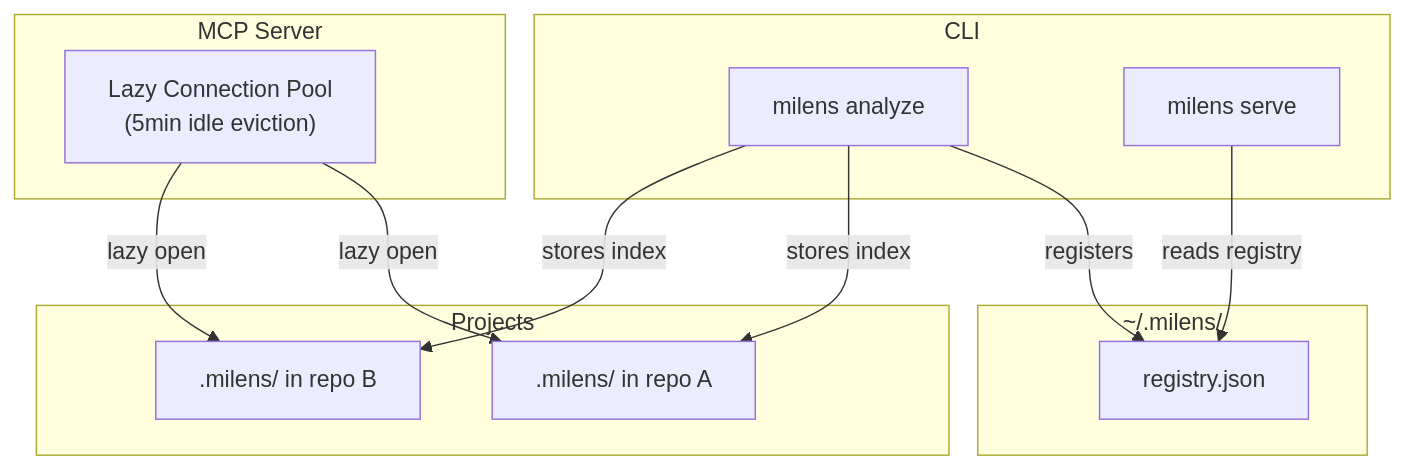
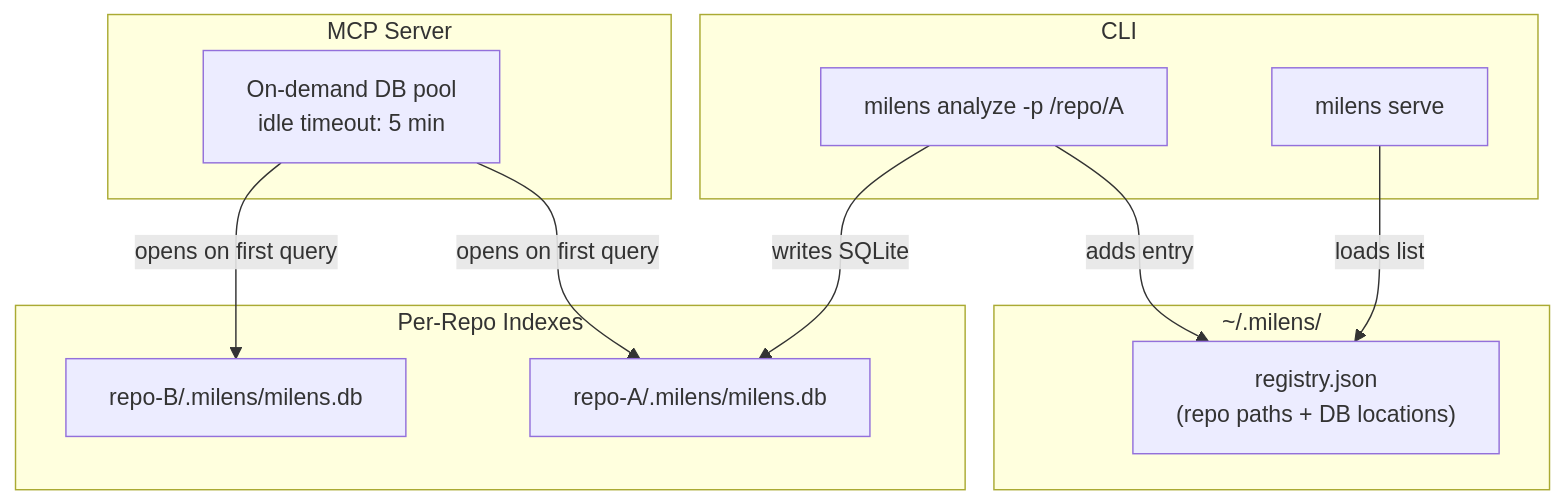
Before and after one commit to fuze210699/milens: the third of 3 diagrams in README.md, drawn with Mermaid. The commit also changed other lines of this file and 28 other files, not shown here.

````diff
--- a/README.md
+++ b/README.md
@@ -322,27 +328,26 @@
 ```mermaid
 flowchart TD
-  subgraph CLI["CLI"]
-    Analyze["milens analyze"]
-    Serve["milens serve"]
+  subgraph Commands["CLI"]
+    Idx["milens analyze -p /repo/A"]
+    Srv["milens serve"]
   end
 
-  subgraph Registry["~/.milens/"]
-    RegFile["registry.json"]
+  subgraph Global["~/.milens/"]
+    Reg["registry.json\n(repo paths + DB locations)"]
   end
 
-  subgraph Repos["Projects"]
-    A[".milens/ in repo A"]
-    B[".milens/ in repo B"]
+  subgraph Projects["Per-Repo Indexes"]
+    DbA["repo-A/.milens/milens.db"]
+    DbB["repo-B/.milens/milens.db"]
   end
 
-  subgraph MCP["MCP Server"]
-    Pool["Lazy Connection Pool\n(5min idle eviction)"]
+  subgraph Server["MCP Server"]
+    ConnPool["On-demand DB pool\nidle timeout: 5 min"]
   end
 
-  Analyze -->|"registers"| RegFile
-  Analyze -->|"stores index"| A
-  Analyze -->|"stores index"| B
-  Serve -->|"reads registry"| RegFile
-  Pool -->|"lazy open"| A
-  Pool -->|"lazy open"| B
+  Idx -- "adds entry" --> Reg
+  Idx -- "writes SQLite" --> DbA
+  Srv -- "loads list" --> Reg
+  ConnPool -- "opens on first query" --> DbA
+  ConnPool -- "opens on first query" --> DbB
 ```
````
